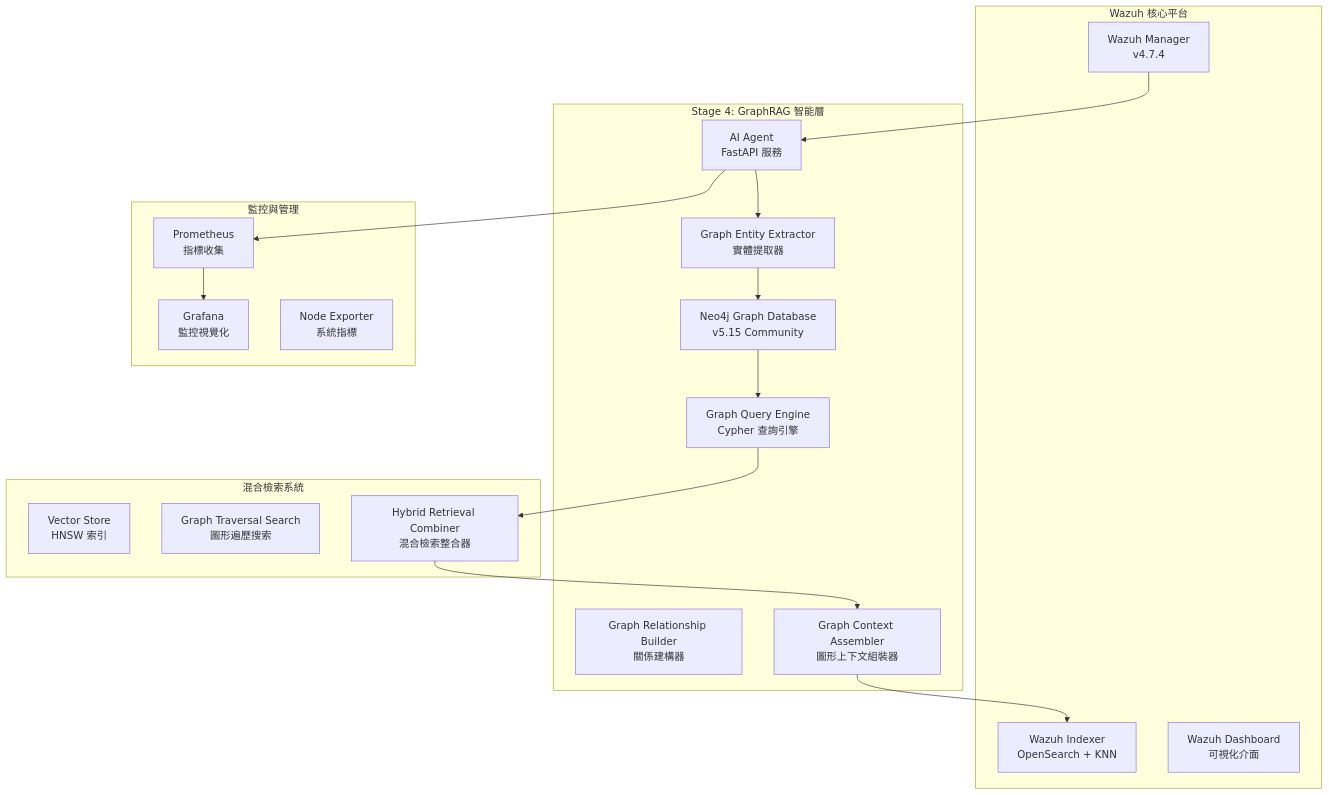
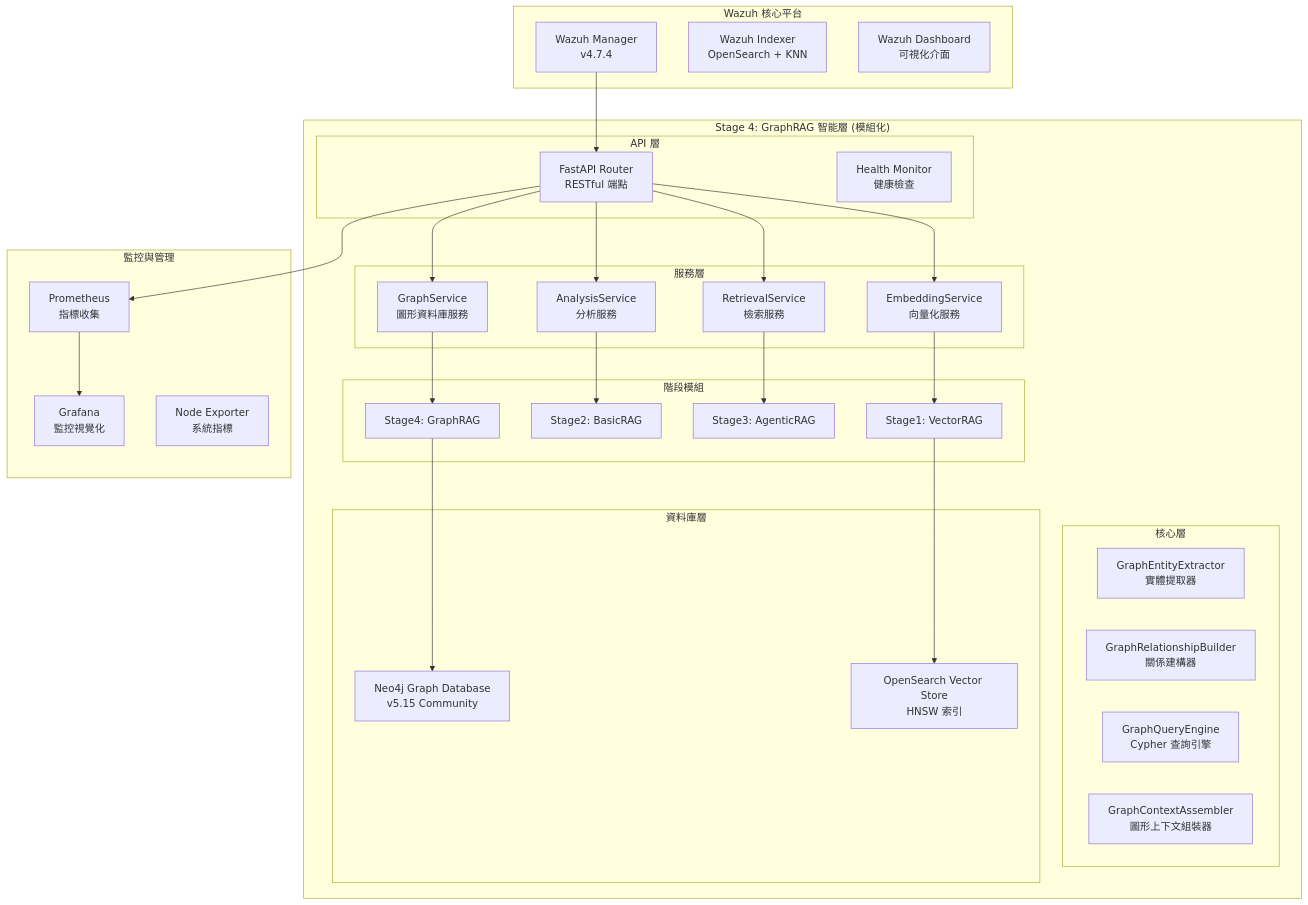
One commit to trionnemesis/wazuh_ai_agent changed the diagram in README.md. Above: the diagram before and after it, drawn with Mermaid. The commit also changed other lines of this file, not shown here.

Commit message:
Refactor README with modular architecture and updated project status

````diff
--- a/README.md
+++ b/README.md
@@ -34,39 +52,61 @@
 ```mermaid
 flowchart TD
     subgraph "Wazuh 核心平台"
         WM[Wazuh Manager<br/>v4.7.4]
         WI[Wazuh Indexer<br/>OpenSearch + KNN]  
         WD[Wazuh Dashboard<br/>可視化介面]
     end
     
-    subgraph "Stage 4: GraphRAG 智能層"
-        AA[AI Agent<br/>FastAPI 服務]
-        GDB[Neo4j Graph Database<br/>v5.15 Community]
-        GE[Graph Entity Extractor<br/>實體提取器]
-        GR[Graph Relationship Builder<br/>關係建構器]
-        GQ[Graph Query Engine<br/>Cypher 查詢引擎]
-        GC[Graph Context Assembler<br/>圖形上下文組裝器]
-    end
-    
-    subgraph "混合檢索系統"
-        VS[Vector Store<br/>HNSW 索引]
-        GS[Graph Traversal Search<br/>圖形遍歷搜索]
-        HS[Hybrid Retrieval Combiner<br/>混合檢索整合器]
+    subgraph "Stage 4: GraphRAG 智能層 (模組化)"
+        subgraph "API 層"
+            FA[FastAPI Router<br/>RESTful 端點]
+            HM[Health Monitor<br/>健康檢查]
+        end
+        
+        subgraph "服務層"
+            ES[EmbeddingService<br/>向量化服務]
+            GS[GraphService<br/>圖形資料庫服務]
+            RS[RetrievalService<br/>檢索服務]
+            AS[AnalysisService<br/>分析服務]
+        end
+        
+        subgraph "核心層"
+            GE[GraphEntityExtractor<br/>實體提取器]
+            GR[GraphRelationshipBuilder<br/>關係建構器]
+            GQ[GraphQueryEngine<br/>Cypher 查詢引擎]
+            GC[GraphContextAssembler<br/>圖形上下文組裝器]
+        end
+        
+        subgraph "階段模組"
+            S1[Stage1: VectorRAG]
+            S2[Stage2: BasicRAG]
+            S3[Stage3: AgenticRAG]
+            S4[Stage4: GraphRAG]
+        end
+        
+        subgraph "資料庫層"
+            NEO[Neo4j Graph Database<br/>v5.15 Community]
+            OS[OpenSearch Vector Store<br/>HNSW 索引]
+        end
     end
     
     subgraph "監控與管理"
         PROM[Prometheus<br/>指標收集]
         GRAF[Grafana<br/>監控視覺化]
         NE[Node Exporter<br/>系統指標]
     end
     
-    WM --> AA
-    AA --> GE
-    GE --> GDB
-    GDB --> GQ
-    GQ --> HS
-    HS --> GC
-    GC --> WI
-    AA --> PROM
+    WM --> FA
+    FA --> ES
+    FA --> GS
+    FA --> RS
+    FA --> AS
+    ES --> S1
+    GS --> S4
+    RS --> S3
+    AS --> S2
+    S4 --> NEO
+    S1 --> OS
+    FA --> PROM
     PROM --> GRAF
 ```
````
